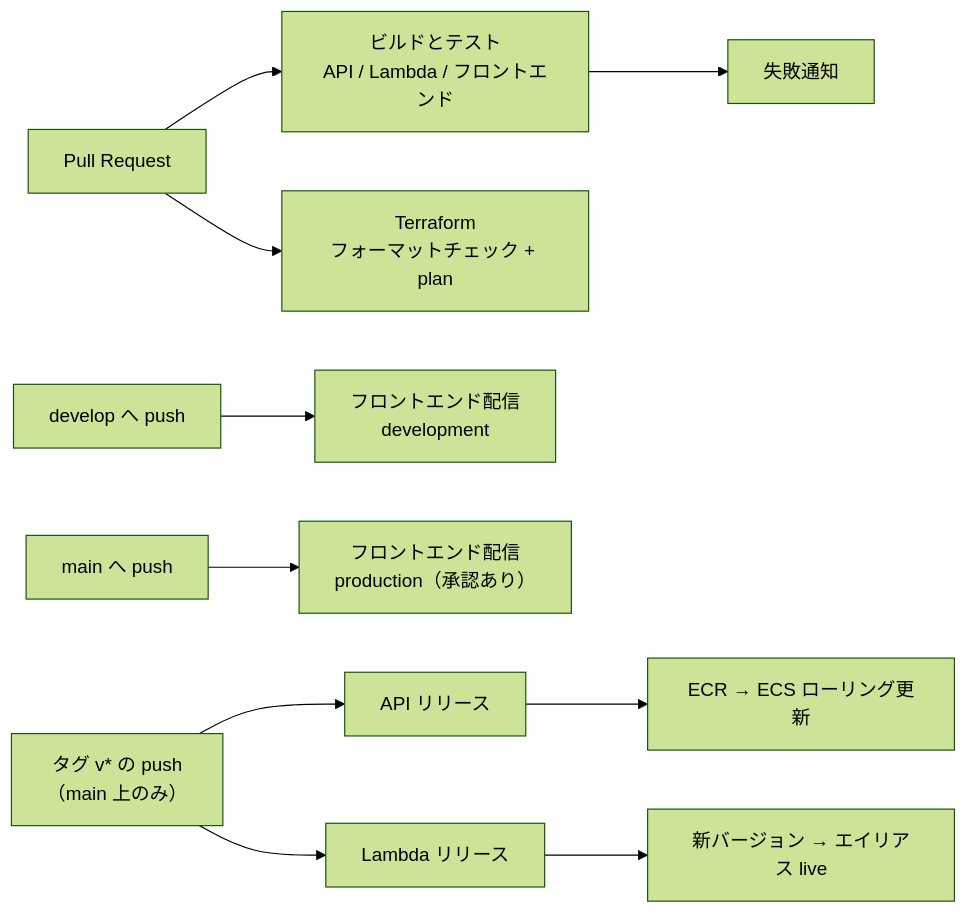
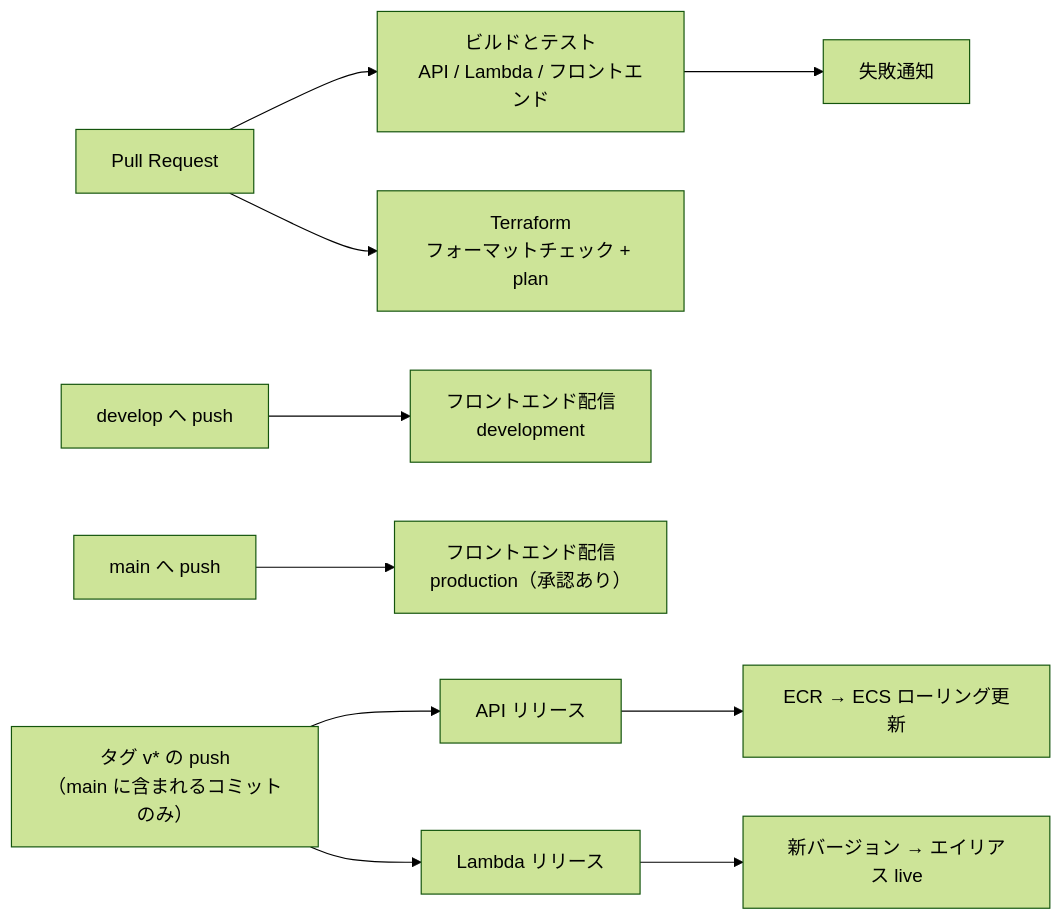
Before and after one commit to jessehub777/flashbuy: the third of 4 diagrams in README.md, drawn with Mermaid (forest theme). The commit also changed other lines of this file and 1 other file, not shown here.

````diff
--- a/README.md
+++ b/README.md
@@ -206,12 +231,12 @@
 ```mermaid
 flowchart LR
     PR["Pull Request"] --> CI["ビルドとテスト<br/>API / Lambda / フロントエンド"]
     PR --> TFP["Terraform<br/>フォーマットチェック + plan"]
     DEV["develop へ push"] --> FED["フロントエンド配信<br/>development"]
     MAIN["main へ push"] --> FEP["フロントエンド配信<br/>production（承認あり）"]
-    TAG["タグ v* の push<br/>（main 上のみ）"] --> ACD["API リリース"]
+    TAG["タグ v* の push<br/>（main に含まれるコミットのみ）"] --> ACD["API リリース"]
     TAG --> LCD["Lambda リリース"]
     ACD --> ECS["ECR → ECS ローリング更新"]
     LCD --> LAM["新バージョン → エイリアス live"]
     CI --> NOTIFY["失敗通知"]
 ```
````
